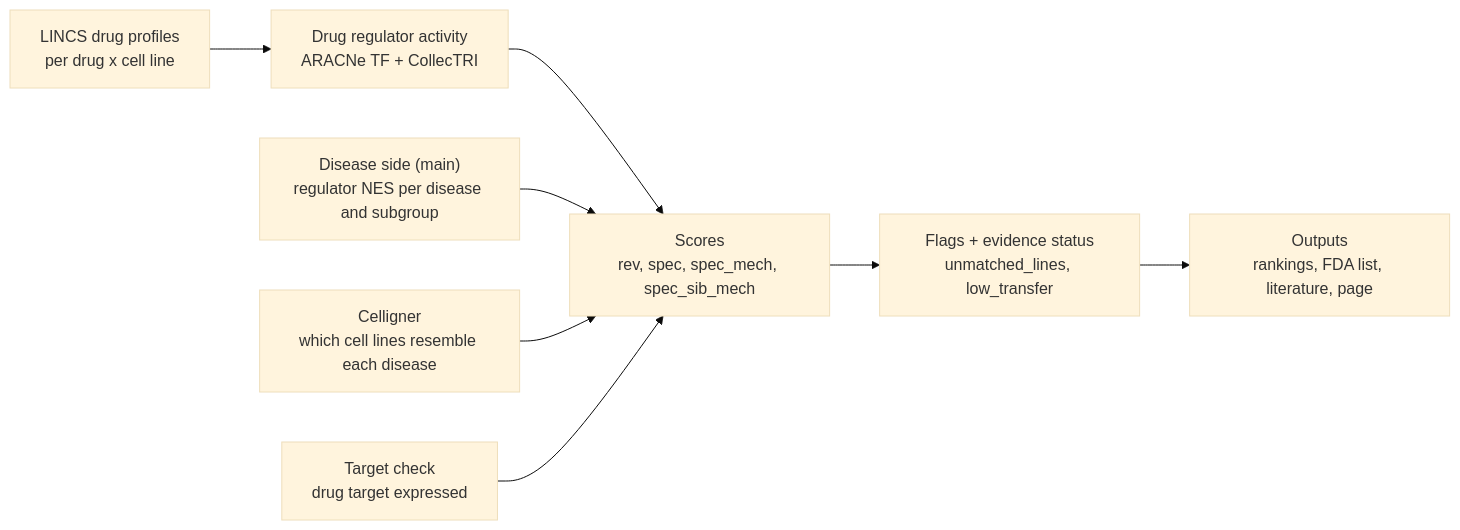
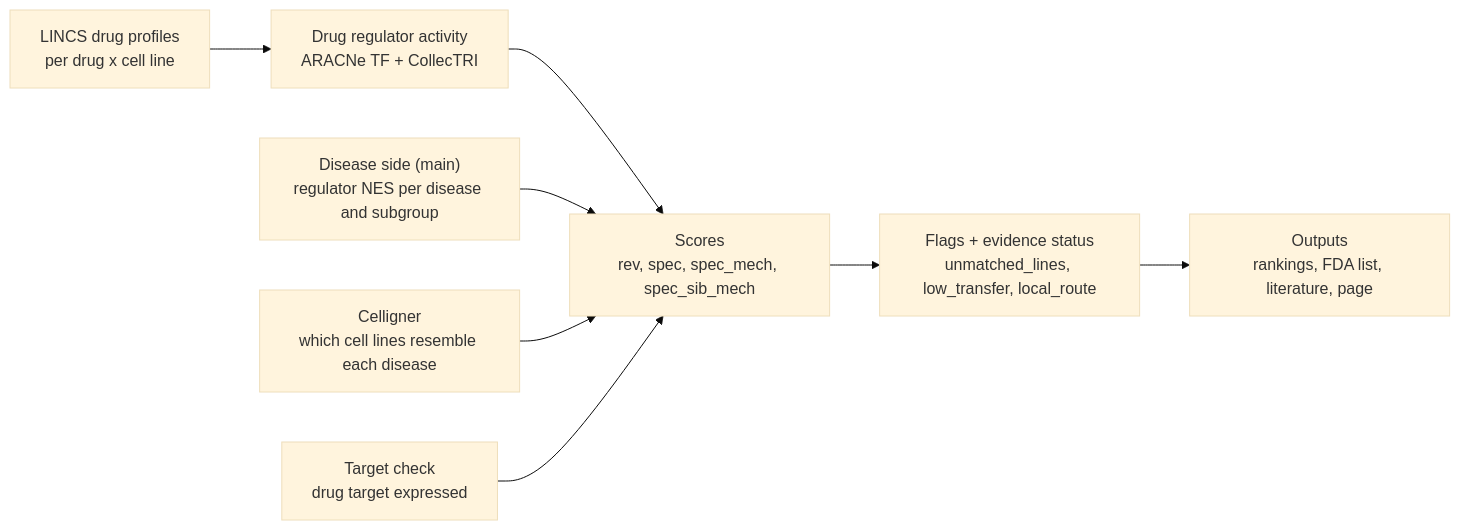
The diagram in docs/PIPELINE_DRUG_SIDE_V2.md (kirtihargunani-cmu/repurposing), drawn with Mermaid (base theme) before and after one commit. The commit also changed other lines of this file and 8 other files, not shown here.

Commit message:
D107 rule: local_route flag (no systemic formulation, Drugs@FDA routes), excluded from FDA ranking and literature pairs, shown on pages

````diff
--- a/docs/PIPELINE_DRUG_SIDE_V2.md
+++ b/docs/PIPELINE_DRUG_SIDE_V2.md
@@ -23,15 +23,15 @@
 ```mermaid
 flowchart LR
   DS["Disease side (main)<br/>regulator NES per disease and subgroup"]
   CL["Celligner<br/>which cell lines resemble each disease"]
   L["LINCS drug profiles<br/>per drug x cell line"]
   A["Drug regulator activity<br/>ARACNe TF + CollecTRI"]
   T["Target check<br/>drug target expressed"]
   S["Scores<br/>rev, spec, spec_mech, spec_sib_mech"]
-  F["Flags + evidence status<br/>unmatched_lines, low_transfer"]
+  F["Flags + evidence status<br/>unmatched_lines, low_transfer, local_route"]
   O["Outputs<br/>rankings, FDA list, literature, page"]
   L --> A --> S
   DS --> S
   CL --> S
   T --> S --> F --> O
 ```
````
